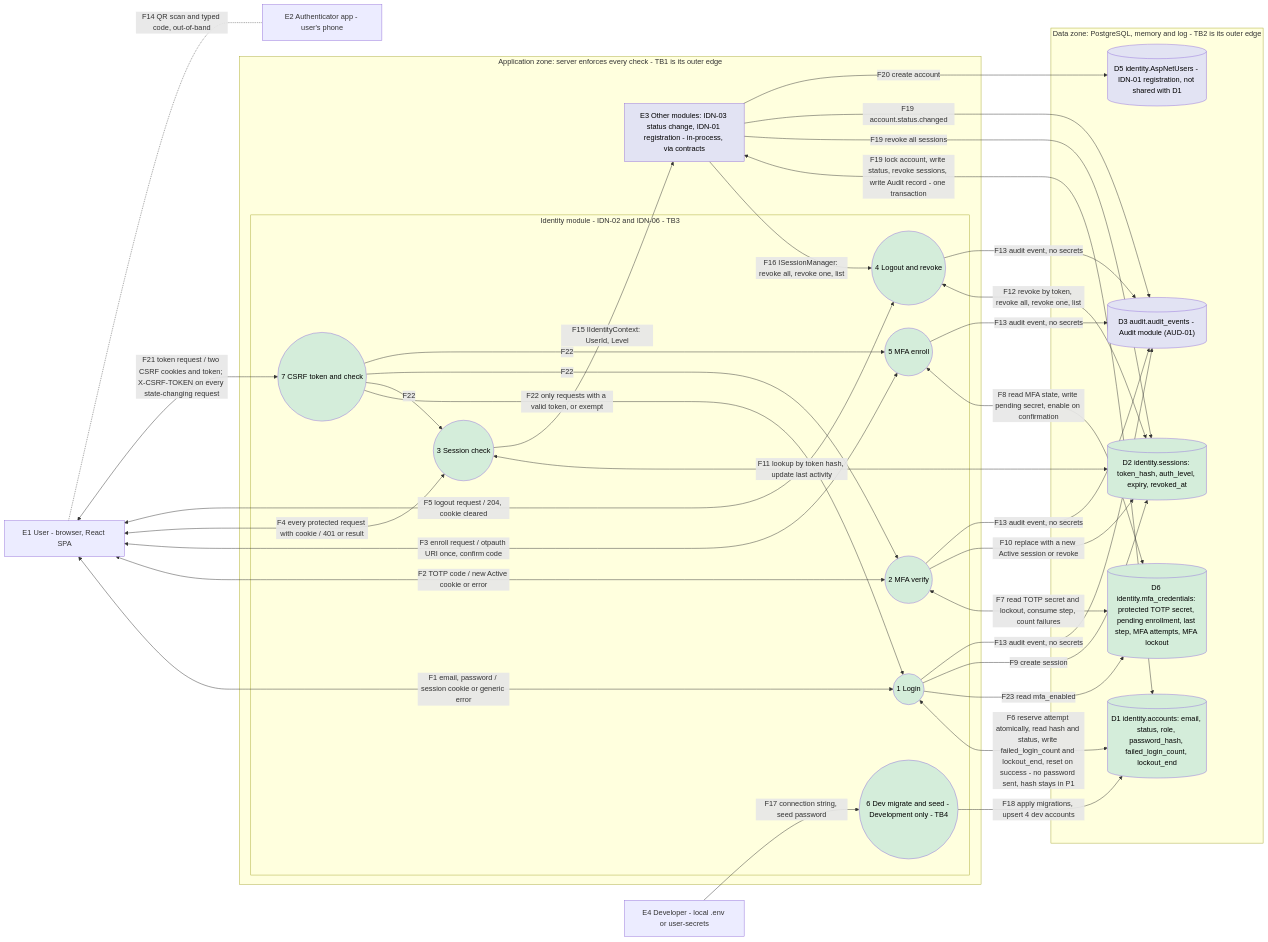
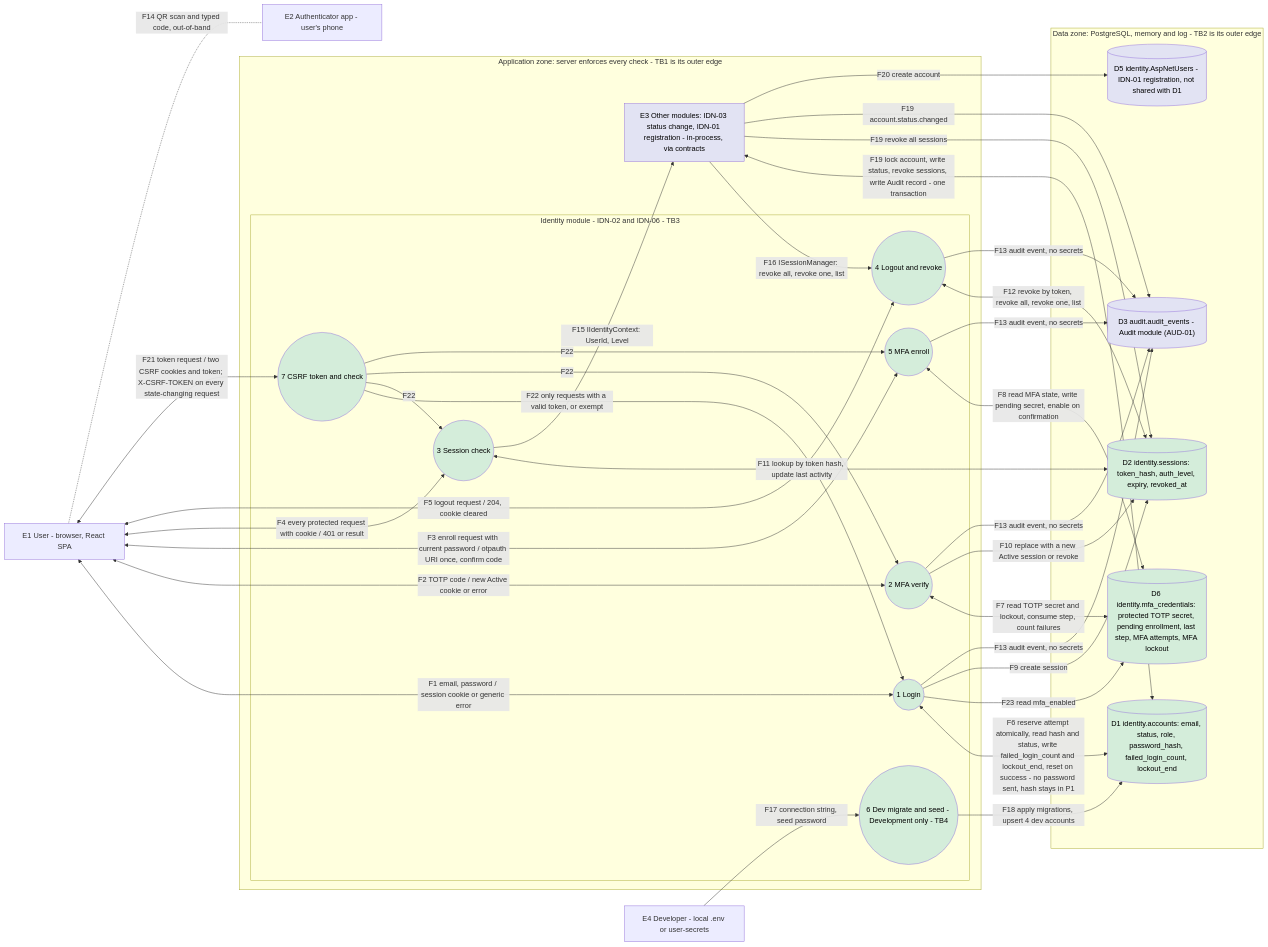
One commit to owlCoder/security-lab changed the diagram in docs/components/identity/IDN-02_IDN-06_DFD.md. Above: the diagram before and after it, drawn with Mermaid. The commit also changed other lines of this file and 2 other files, not shown here.

````diff
--- a/docs/components/identity/IDN-02_IDN-06_DFD.md
+++ b/docs/components/identity/IDN-02_IDN-06_DFD.md
@@ -26,69 +26,69 @@
 ```mermaid
 flowchart LR
   E1["E1 User - browser, React SPA"]
   E2["E2 Authenticator app - user's phone"]
   E4["E4 Developer - local .env or user-secrets"]
 
   subgraph APP["Application zone: server enforces every check - TB1 is its outer edge"]
     subgraph IDM["Identity module - IDN-02 and IDN-06 - TB3"]
       P1(("1 Login"))
       P2(("2 MFA verify"))
       P5(("5 MFA enroll"))
       P3(("3 Session check"))
       P4(("4 Logout and revoke"))
       P6(("6 Dev migrate and seed - Development only - TB4"))
       P7(("7 CSRF token and check"))
     end
     OM["E3 Other modules: IDN-03 status change, IDN-01 registration - in-process, via contracts"]
   end
 
   subgraph DATA["Data zone: PostgreSQL, memory and log - TB2 is its outer edge"]
     D1[("D1 identity.accounts: email, status, role, password_hash, failed_login_count, lockout_end")]
     D2[("D2 identity.sessions: token_hash, auth_level, expiry, revoked_at")]
     D3[("D3 audit.audit_events - Audit module (AUD-01)")]
     D6[("D6 identity.mfa_credentials: protected TOTP secret, pending enrollment, last step, MFA attempts, MFA lockout")]
     D5[("D5 identity.AspNetUsers - IDN-01 registration, not shared with D1")]
   end
 
   E1 <-->|"F1 email, password / session cookie or generic error"| P1
   E1 <-->|"F2 TOTP code / new Active cookie or error"| P2
-  E1 <-->|"F3 enroll request / otpauth URI once, confirm code"| P5
+  E1 <-->|"F3 enroll request with current password / otpauth URI once, confirm code"| P5
   E1 <-->|"F4 every protected request with cookie / 401 or result"| P3
   E1 <-->|"F5 logout request / 204, cookie cleared"| P4
   E1 <-->|"F21 token request / two CSRF cookies and token; X-CSRF-TOKEN on every state-changing request"| P7
   P7 -->|"F22 only requests with a valid token, or exempt"| P1
   P7 -->|"F22"| P3
   P7 -->|"F22"| P2
   P7 -->|"F22"| P5
   E1 -.-|"F14 QR scan and typed code, out-of-band"| E2
 
   P1 <-->|"F6 reserve attempt atomically, read hash and status, write failed_login_count and lockout_end, reset on success - no password sent, hash stays in P1"| D1
   P1 -->|"F23 read mfa_enabled"| D6
   P2 <-->|"F7 read TOTP secret and lockout, consume step, count failures"| D6
   P5 <-->|"F8 read MFA state, write pending secret, enable on confirmation"| D6
 
   P1 -->|"F9 create session"| D2
   P2 -->|"F10 replace with a new Active session or revoke"| D2
   P3 <-->|"F11 lookup by token hash, update last activity"| D2
   P4 <-->|"F12 revoke by token, revoke all, revoke one, list"| D2
 
   P1 & P2 & P4 & P5 -->|"F13 audit event, no secrets"| D3
 
   P3 -->|"F15 IIdentityContext: UserId, Level"| OM
   OM -->|"F16 ISessionManager: revoke all, revoke one, list"| P4
 
   E4 -->|"F17 connection string, seed password"| P6
   P6 -->|"F18 apply migrations, upsert 4 dev accounts"| D1
 
   OM <-->|"F19 lock account, write status, revoke sessions, write Audit record - one transaction"| D1
   OM -->|"F19 revoke all sessions"| D2
   OM -->|"F19 account.status.changed"| D3
   OM -->|"F20 create account"| D5
 
   classDef planned stroke-dasharray: 5 3,fill:#f5f5f5,color:#000;
   classDef stub fill:#fff3cd,color:#000;
   classDef implemented fill:#d4edda,color:#000;
   classDef neighbour fill:#e2e3f3,color:#000;
   class P1,P2,P3,P4,P5,P6,P7,D1,D2,D6 implemented;
   class OM,D3,D5 neighbour;
 ```
````
